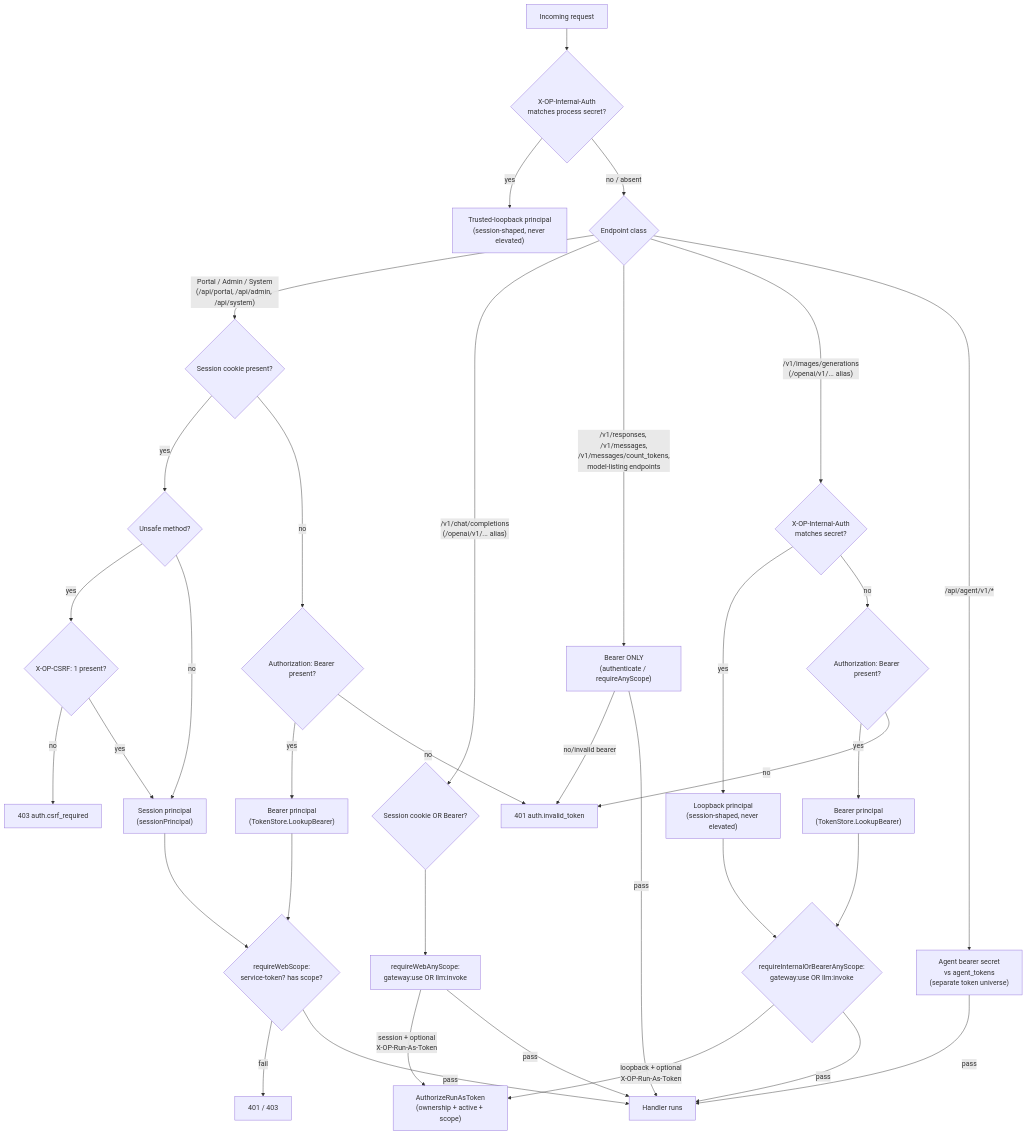
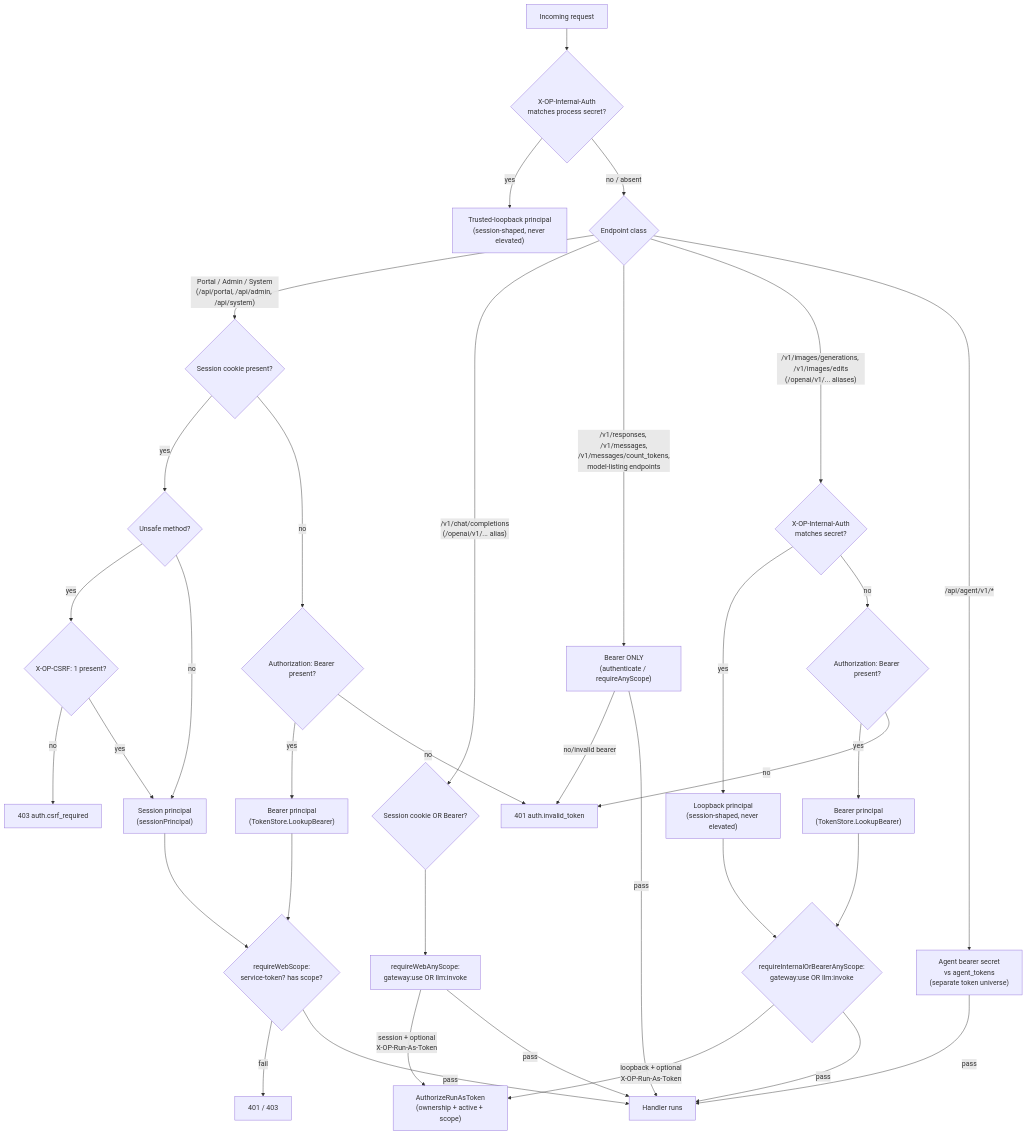
The first of 3 diagrams in docs/architecture/cross-cutting/security-auth-rbac.md (JLor08/op-ai-gateway), drawn with Mermaid before and after one commit. The commit also changed other lines of this file and 121 other files, not shown here.

First line of the commit message:
feat: image edit in the portal chat and via POST /v1/images/edits (#218)

````diff
--- a/docs/architecture/cross-cutting/security-auth-rbac.md
+++ b/docs/architecture/cross-cutting/security-auth-rbac.md
@@ -217,42 +218,42 @@
 ```mermaid
 flowchart TD
     A["Incoming request"] --> B{"X-OP-Internal-Auth\nmatches process secret?"}
     B -- yes --> C["Trusted-loopback principal\n(session-shaped, never elevated)"]
     B -- no / absent --> D{"Endpoint class"}
 
     D -- "Portal / Admin / System\n(/api/portal, /api/admin, /api/system)" --> E{"Session cookie present?"}
     E -- yes --> F{"Unsafe method?"}
     F -- yes --> G{"X-OP-CSRF: 1 present?"}
     G -- no --> X1["403 auth.csrf_required"]
     G -- yes --> H["Session principal\n(sessionPrincipal)"]
     F -- no --> H
     E -- no --> I{"Authorization: Bearer present?"}
     I -- yes --> J["Bearer principal\n(TokenStore.LookupBearer)"]
     I -- no --> X2["401 auth.invalid_token"]
     H --> K{"requireWebScope:\nservice-token? has scope?"}
     J --> K
     K -- fail --> X3["401 / 403"]
     K -- pass --> L["Handler runs"]
 
     D -- "/v1/chat/completions\n(/openai/v1/... alias)" --> M{"Session cookie OR Bearer?"}
     M --> N["requireWebAnyScope:\ngateway:use OR llm:invoke"]
     N -- "session + optional\nX-OP-Run-As-Token" --> O["AuthorizeRunAsToken\n(ownership + active + scope)"]
     N -- pass --> L
 
     D -- "/v1/responses, /v1/messages,\n/v1/messages/count_tokens,\nmodel-listing endpoints" --> P["Bearer ONLY\n(authenticate / requireAnyScope)"]
     P -- no/invalid bearer --> X2
     P -- pass --> L
 
-    D -- "/v1/images/generations\n(/openai/v1/... alias)" --> R{"X-OP-Internal-Auth\nmatches secret?"}
+    D -- "/v1/images/generations, /v1/images/edits\n(/openai/v1/... aliases)" --> R{"X-OP-Internal-Auth\nmatches secret?"}
     R -- yes --> S["Loopback principal\n(session-shaped, never elevated)"]
     R -- no --> T{"Authorization: Bearer present?"}
     T -- yes --> U["Bearer principal\n(TokenStore.LookupBearer)"]
     T -- no --> X2
     S --> V{"requireInternalOrBearerAnyScope:\ngateway:use OR llm:invoke"}
     U --> V
     V -- "loopback + optional\nX-OP-Run-As-Token" --> O
     V -- pass --> L
 
     D -- "/api/agent/v1/*" --> Q["Agent bearer secret\nvs agent_tokens\n(separate token universe)"]
     Q -- pass --> L
 ```
````
